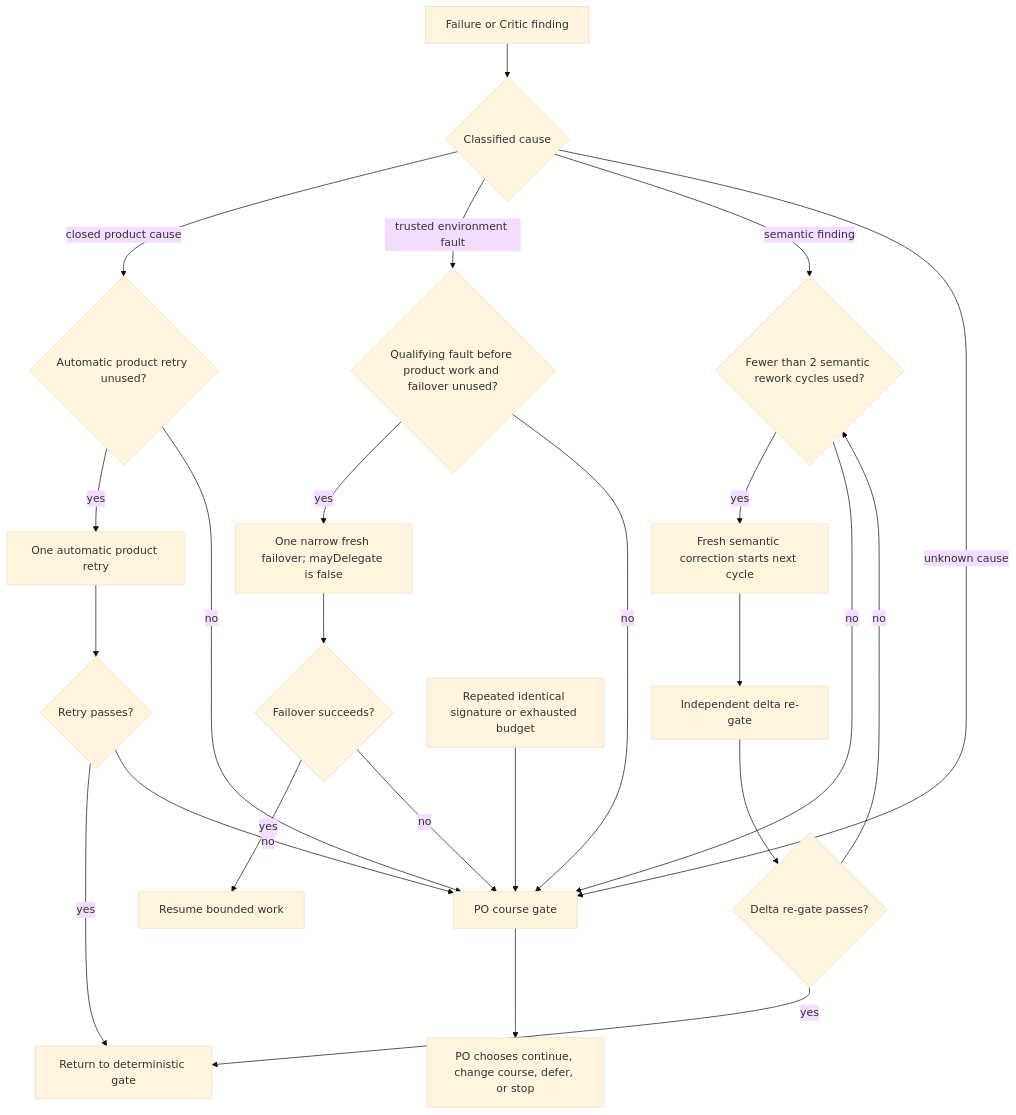
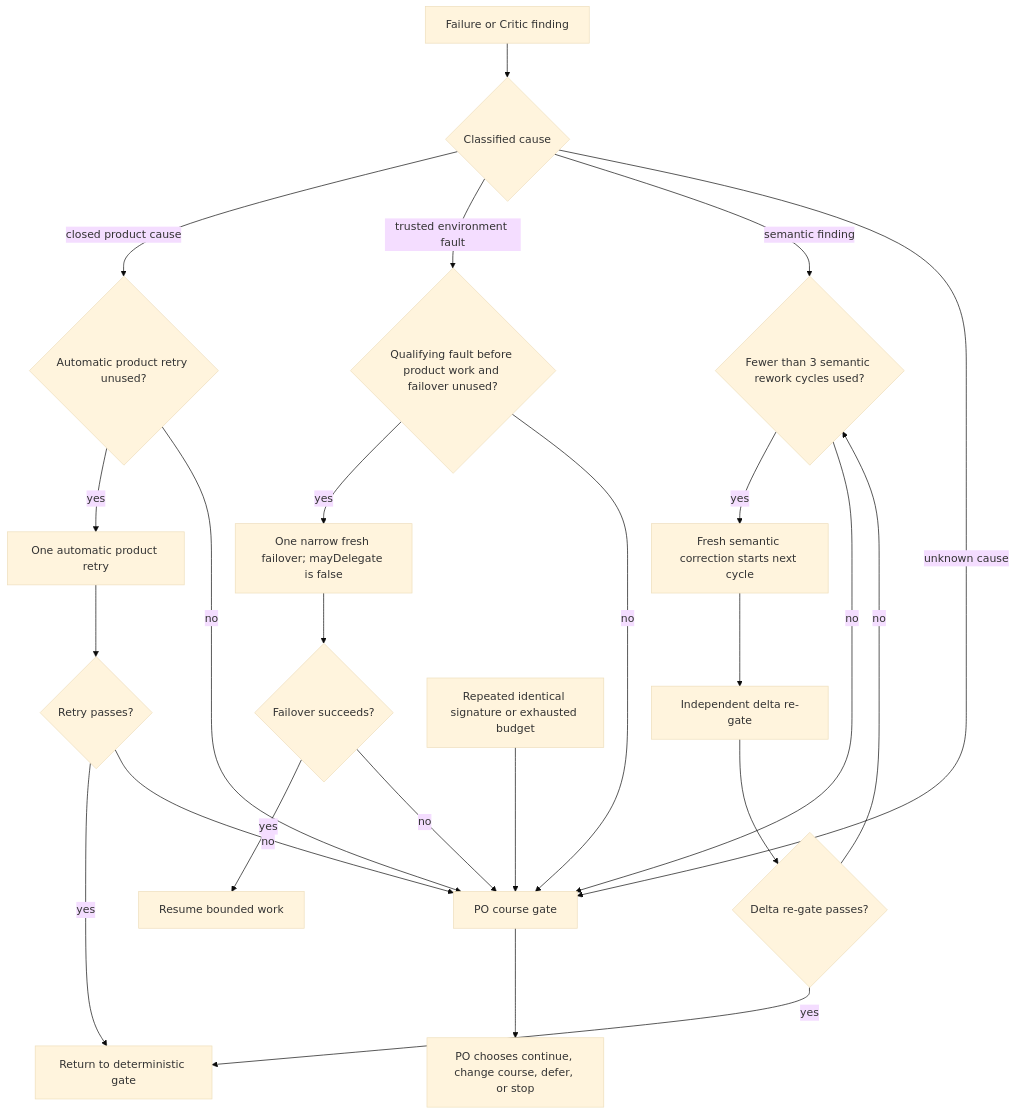
The second of 3 diagrams in PIPELINE_FLOW.md (agent-pipe-shared/agent-pipeline), drawn with Mermaid (base theme) before and after one commit. The commit also changed other lines of this file and 3 other files, not shown here.

````diff
--- a/PIPELINE_FLOW.md
+++ b/PIPELINE_FLOW.md
@@ -113,26 +113,26 @@
 ```mermaid
 flowchart TD
     FAILURE["Failure or Critic finding"] --> KIND{"Classified cause"}
     KIND -->|"closed product cause"| PRETRY{"Automatic product retry unused?"}
     PRETRY -->|"yes"| RETRY["One automatic product retry"]
     RETRY --> ROK{"Retry passes?"}
     ROK -->|"yes"| MACHINE["Return to deterministic gate"]
     ROK -->|"no"| COURSE["PO course gate"]
     PRETRY -->|"no"| COURSE
     KIND -->|"trusted environment fault"| EQUAL{"Qualifying fault before product work and failover unused?"}
     EQUAL -->|"yes"| FAILOVER["One narrow fresh failover; mayDelegate is false"]
     FAILOVER --> FOK{"Failover succeeds?"}
     FOK -->|"yes"| RESUME["Resume bounded work"]
     FOK -->|"no"| COURSE
     EQUAL -->|"no"| COURSE
-    KIND -->|"semantic finding"| SBUDGET{"Fewer than 2 semantic rework cycles used?"}
+    KIND -->|"semantic finding"| SBUDGET{"Fewer than 3 semantic rework cycles used?"}
     SBUDGET -->|"yes"| CORRECT["Fresh semantic correction starts next cycle"]
     CORRECT --> REGATE["Independent delta re-gate"]
     REGATE --> DOK{"Delta re-gate passes?"}
     DOK -->|"yes"| MACHINE
     DOK -->|"no"| SBUDGET
     SBUDGET -->|"no"| COURSE
     KIND -->|"unknown cause"| COURSE
     REPEAT["Repeated identical signature or exhausted budget"] --> COURSE
     COURSE --> DECIDE["PO chooses continue, change course, defer, or stop"]
 ```
````
